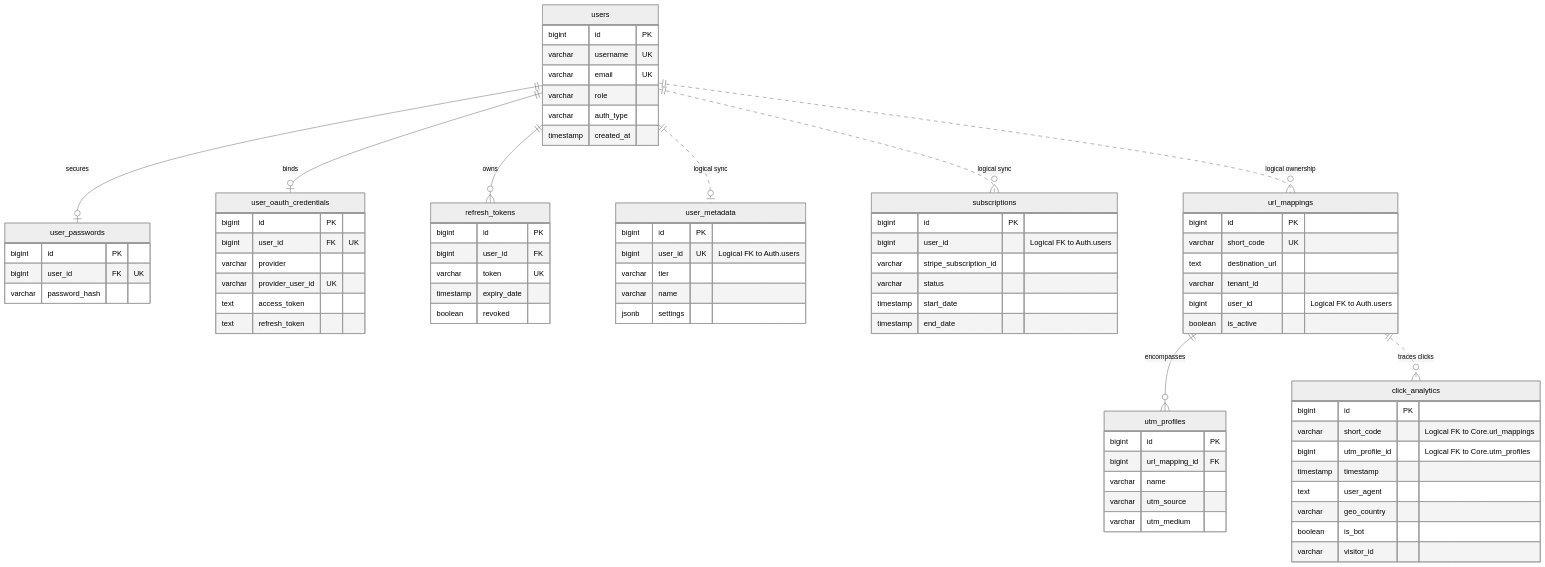
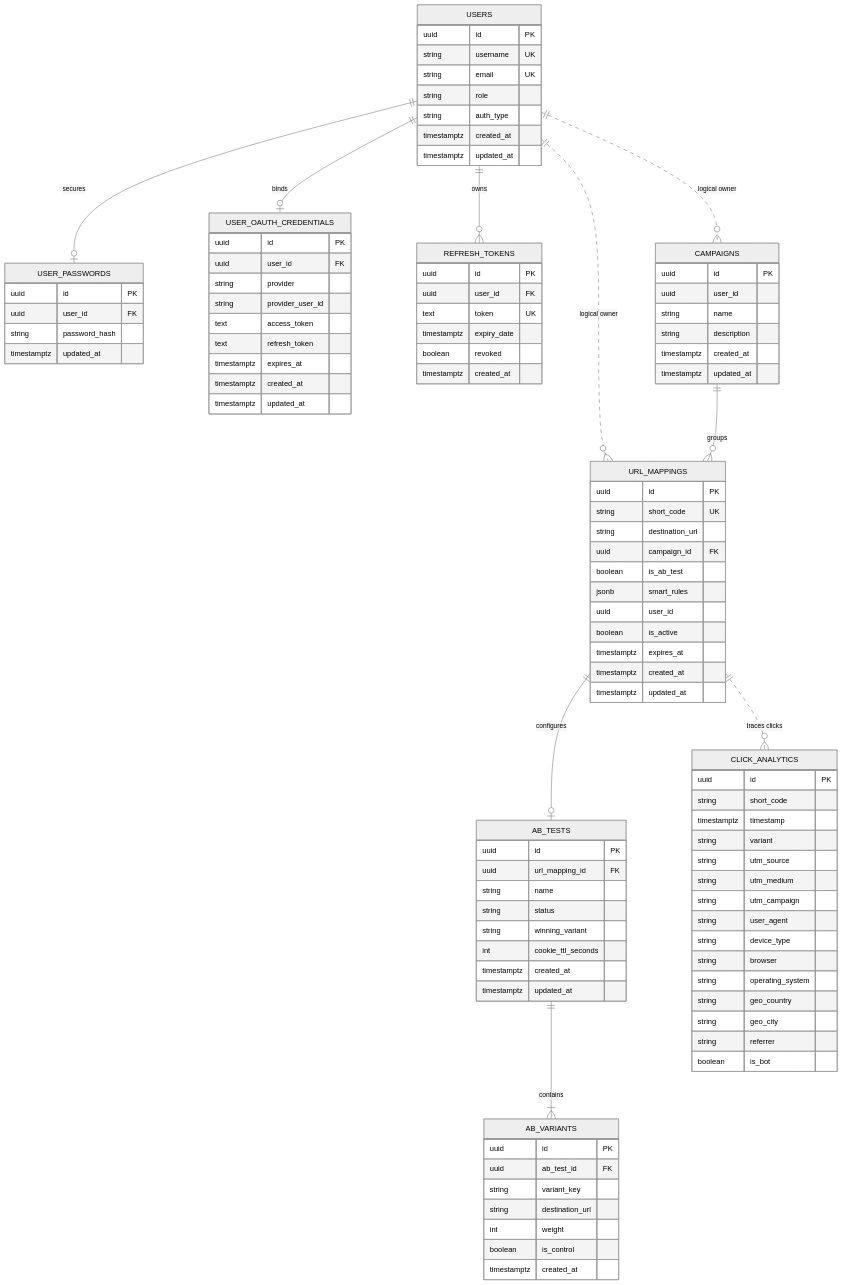
Before and after one commit to TheFastest599/url-shortener: the second of 3 diagrams in docs/url_shortener_design_doc.md, drawn with Mermaid (neutral theme). The commit also changed other lines of this file and 4 other files, not shown here.

````diff
--- a/docs/url_shortener_design_doc.md
+++ b/docs/url_shortener_design_doc.md
@@ -218,96 +253,117 @@
 ```mermaid
 erDiagram
-    %% ==========================================
-    %% PostgreSQL Auth DB (Port 5431)
-    %% ==========================================
-    users {
-        bigint id PK
-        varchar username UK
-        varchar email UK
-        varchar role
-        varchar auth_type
-        timestamp created_at
+    %% Auth Database
+    USERS ||--o| USER_PASSWORDS : secures
+    USERS ||--o| USER_OAUTH_CREDENTIALS : binds
+    USERS ||--o{ REFRESH_TOKENS : owns
+
+    %% Core Database
+    USERS ||..o{ CAMPAIGNS : "logical owner"
+    USERS ||..o{ URL_MAPPINGS : "logical owner"
+    CAMPAIGNS ||--o{ URL_MAPPINGS : groups
+    URL_MAPPINGS ||--o| AB_TESTS : configures
+    AB_TESTS ||--|{ AB_VARIANTS : contains
+
+    %% Analytics Database
+    URL_MAPPINGS ||..o{ CLICK_ANALYTICS : "traces clicks"
+
+    USERS {
+        uuid id PK
+        string username UK
+        string email UK
+        string role
+        string auth_type
+        timestamptz created_at
+        timestamptz updated_at
     }
-    user_passwords {
-        bigint id PK
-        bigint user_id FK "UK"
-        varchar password_hash
+
+    USER_PASSWORDS {
+        uuid id PK
+        uuid user_id FK
+        string password_hash
+        timestamptz updated_at
     }
-    user_oauth_credentials {
-        bigint id PK
-        bigint user_id FK "UK"
-        varchar provider
-        varchar provider_user_id UK
+
+    USER_OAUTH_CREDENTIALS {
+        uuid id PK
+        uuid user_id FK
+        string provider
+        string provider_user_id
         text access_token
         text refresh_token
-    }
-    refresh_tokens {
-        bigint id PK
-        bigint user_id FK
-        varchar token UK
-        timestamp expiry_date
-        boolean revoked
+        timestamptz expires_at
+        timestamptz created_at
+        timestamptz updated_at
     }
 
-    %% ==========================================
-    %% PostgreSQL Core DB (Port 5432)
-    %% ==========================================
-    user_metadata {
-        bigint id PK
-        bigint user_id UK "Logical FK to Auth.users"
-        varchar tier
-        varchar name
-        jsonb settings
-    }
-    subscriptions {
-        bigint id PK
-        bigint user_id "Logical FK to Auth.users"
-        varchar stripe_subscription_id
-        varchar status
-        timestamp start_date
-        timestamp end_date
-    }
-    url_mappings {
-        bigint id PK
-        varchar short_code UK
-        text destination_url
-        varchar tenant_id
-        bigint user_id "Logical FK to Auth.users"
-        boolean is_active
-    }
-    utm_profiles {
-        bigint id PK
-        bigint url_mapping_id FK
-        varchar name
-        varchar utm_source
-        varchar utm_medium
+    REFRESH_TOKENS {
+        uuid id PK
+        uuid user_id FK
+        text token UK
+        timestamptz expiry_date
+        boolean revoked
+        timestamptz created_at
     }
 
-    %% ==========================================
-    %% PostgreSQL Analytics DB (Port 5433)
-    %% ==========================================
-    click_analytics {
-        bigint id PK
-        varchar short_code "Logical FK to Core.url_mappings"
-        bigint utm_profile_id "Logical FK to Core.utm_profiles"
-        timestamp timestamp
-        text user_agent
-        varchar geo_country
-        boolean is_bot
-        varchar visitor_id
+    CAMPAIGNS {
+        uuid id PK
+        uuid user_id
+        string name
+        string description
+        timestamptz created_at
+        timestamptz updated_at
     }
 
-    %% Physical Foreign Key Relationships (Auth DB)
-    users ||--o| user_passwords : "secures"
-    users ||--o| user_oauth_credentials : "binds"
-    users ||--o{ refresh_tokens : "owns"
+    URL_MAPPINGS {
+        uuid id PK
+        string short_code UK
+        string destination_url
+        uuid campaign_id FK
+        boolean is_ab_test
+        jsonb smart_rules
+        uuid user_id
+        boolean is_active
+        timestamptz expires_at
+        timestamptz created_at
+        timestamptz updated_at
+    }
 
-    %% Physical Foreign Key Relationships (Core DB)
-    url_mappings ||--o{ utm_profiles : "encompasses"
+    AB_TESTS {
+        uuid id PK
+        uuid url_mapping_id FK
+        string name
+        string status
+        string winning_variant
+        int cookie_ttl_seconds
+        timestamptz created_at
+        timestamptz updated_at
+    }
 
-    %% Cross-Database Logical Relationships (Microservices Boundaries)
-    users ||..o| user_metadata : "logical sync"
-    users ||..o{ subscriptions : "logical sync"
-    users ||..o{ url_mappings : "logical ownership"
-    url_mappings ||..o{ click_analytics : "traces clicks"
+    AB_VARIANTS {
+        uuid id PK
+        uuid ab_test_id FK
+        string variant_key
+        string destination_url
+        int weight
+        boolean is_control
+        timestamptz created_at
+    }
+
+    CLICK_ANALYTICS {
+        uuid id PK
+        string short_code
+        timestamptz timestamp
+        string variant
+        string utm_source
+        string utm_medium
+        string utm_campaign
+        string user_agent
+        string device_type
+        string browser
+        string operating_system
+        string geo_country
+        string geo_city
+        string referrer
+        boolean is_bot
+    }
 ```
````
